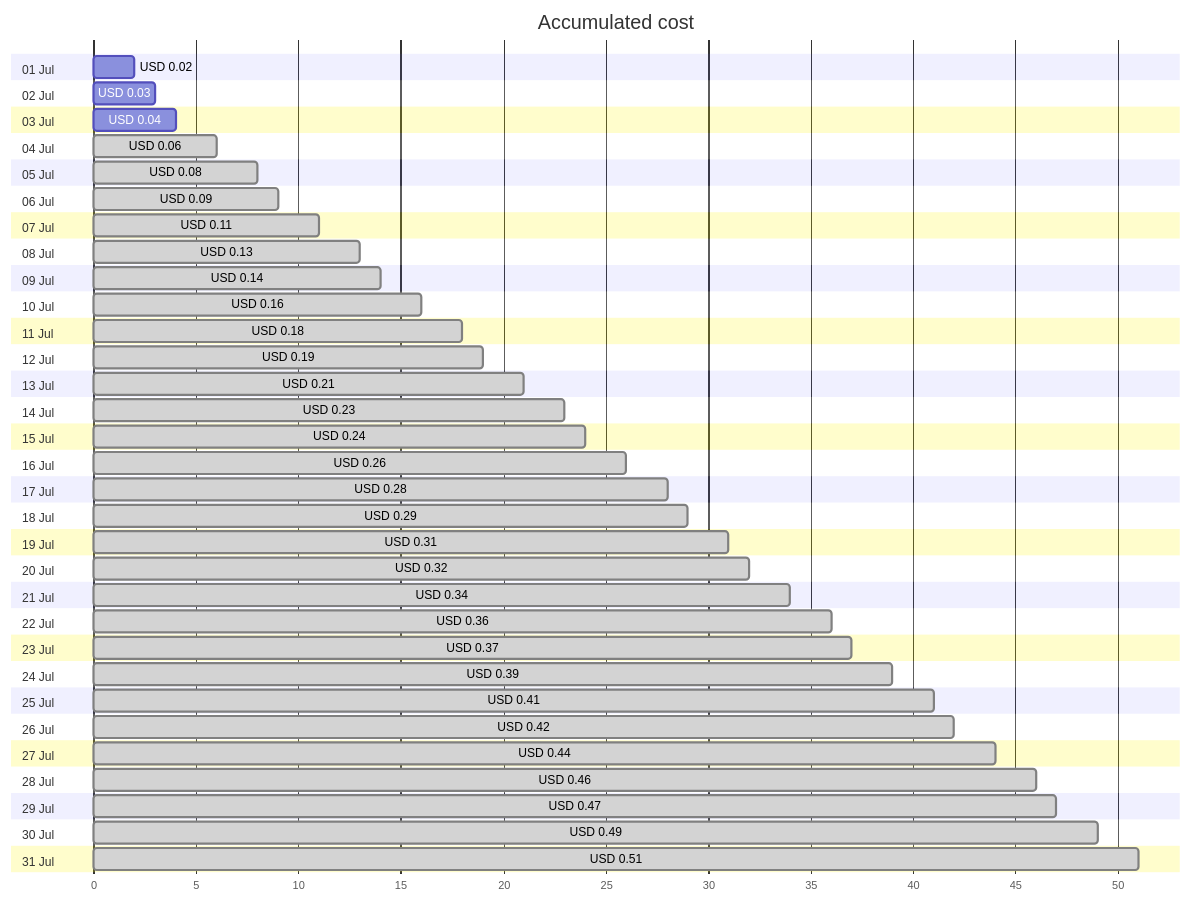
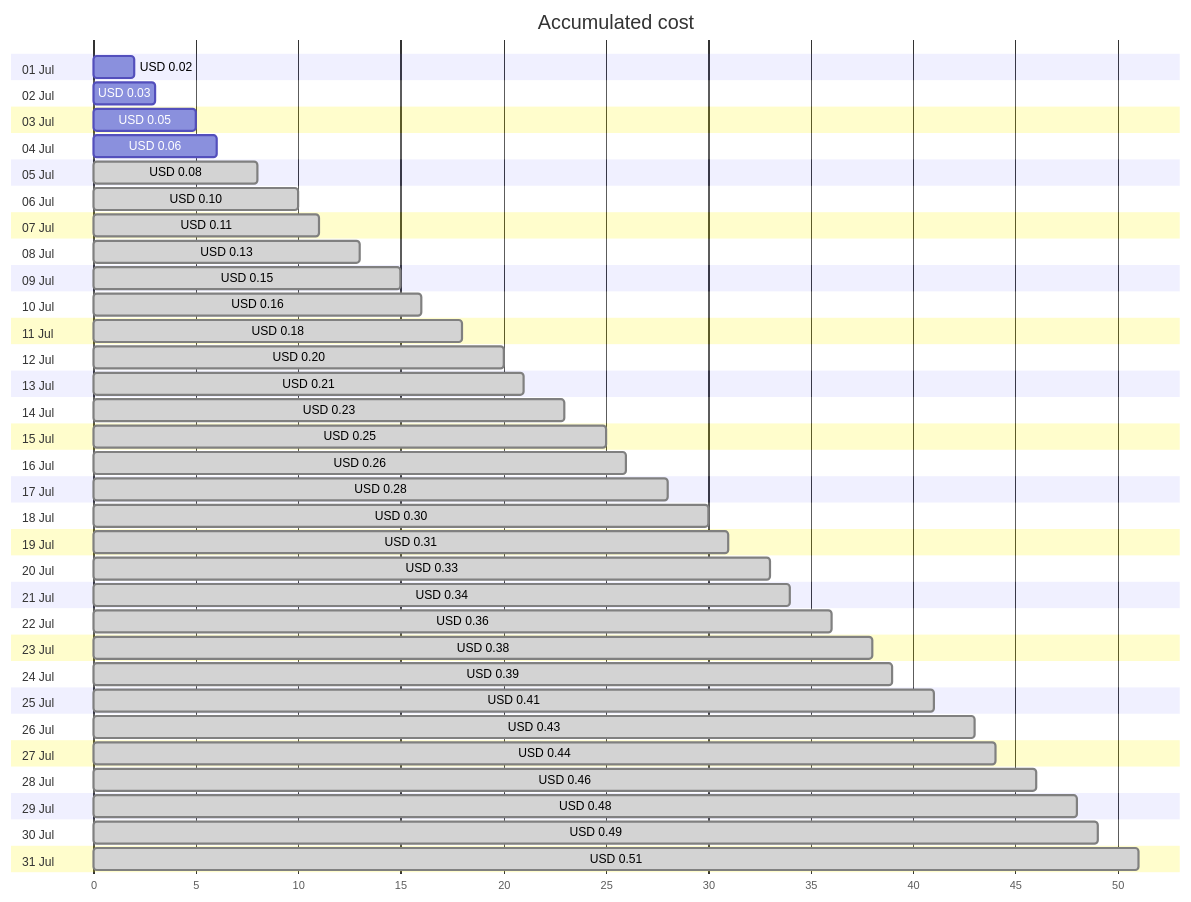
One commit to jpfulton/azure-personal-reports changed the first of 4 diagrams in cost-reports/personal-dns/jpatrickfulton.dev.md. Above: the diagram before and after it, drawn with Mermaid. The commit also changed other lines of this file and 2 other files, not shown here.

Commit message:
Generated reports [skip ci]

````diff
--- a/cost-reports/personal-dns/jpatrickfulton.dev.md
+++ b/cost-reports/personal-dns/jpatrickfulton.dev.md
@@ -20,68 +20,68 @@
 ```mermaid
 gantt
    title Accumulated cost
    dateFormat  X
    axisFormat %s
    section 01 Jul
    USD 0.02 :0, 2
    section 02 Jul
    USD 0.03 :0, 3
    section 03 Jul
-   USD 0.04 :0, 4
+   USD 0.05 :0, 5
    section 04 Jul
-   USD 0.06 : done, 0, 6
+   USD 0.06 :0, 6
    section 05 Jul
    USD 0.08 : done, 0, 8
    section 06 Jul
-   USD 0.09 : done, 0, 9
+   USD 0.10 : done, 0, 10
    section 07 Jul
    USD 0.11 : done, 0, 11
    section 08 Jul
    USD 0.13 : done, 0, 13
    section 09 Jul
-   USD 0.14 : done, 0, 14
+   USD 0.15 : done, 0, 15
    section 10 Jul
    USD 0.16 : done, 0, 16
    section 11 Jul
    USD 0.18 : done, 0, 18
    section 12 Jul
-   USD 0.19 : done, 0, 19
+   USD 0.20 : done, 0, 20
    section 13 Jul
    USD 0.21 : done, 0, 21
    section 14 Jul
    USD 0.23 : done, 0, 23
    section 15 Jul
-   USD 0.24 : done, 0, 24
+   USD 0.25 : done, 0, 25
    section 16 Jul
    USD 0.26 : done, 0, 26
    section 17 Jul
    USD 0.28 : done, 0, 28
    section 18 Jul
-   USD 0.29 : done, 0, 29
+   USD 0.30 : done, 0, 30
    section 19 Jul
    USD 0.31 : done, 0, 31
    section 20 Jul
-   USD 0.32 : done, 0, 32
+   USD 0.33 : done, 0, 33
    section 21 Jul
    USD 0.34 : done, 0, 34
    section 22 Jul
    USD 0.36 : done, 0, 36
    section 23 Jul
-   USD 0.37 : done, 0, 37
+   USD 0.38 : done, 0, 38
    section 24 Jul
    USD 0.39 : done, 0, 39
    section 25 Jul
    USD 0.41 : done, 0, 41
    section 26 Jul
-   USD 0.42 : done, 0, 42
+   USD 0.43 : done, 0, 43
    section 27 Jul
    USD 0.44 : done, 0, 44
    section 28 Jul
    USD 0.46 : done, 0, 46
    section 29 Jul
-   USD 0.47 : done, 0, 47
+   USD 0.48 : done, 0, 48
    section 30 Jul
    USD 0.49 : done, 0, 49
    section 31 Jul
    USD 0.51 : done, 0, 51
 ```
````
